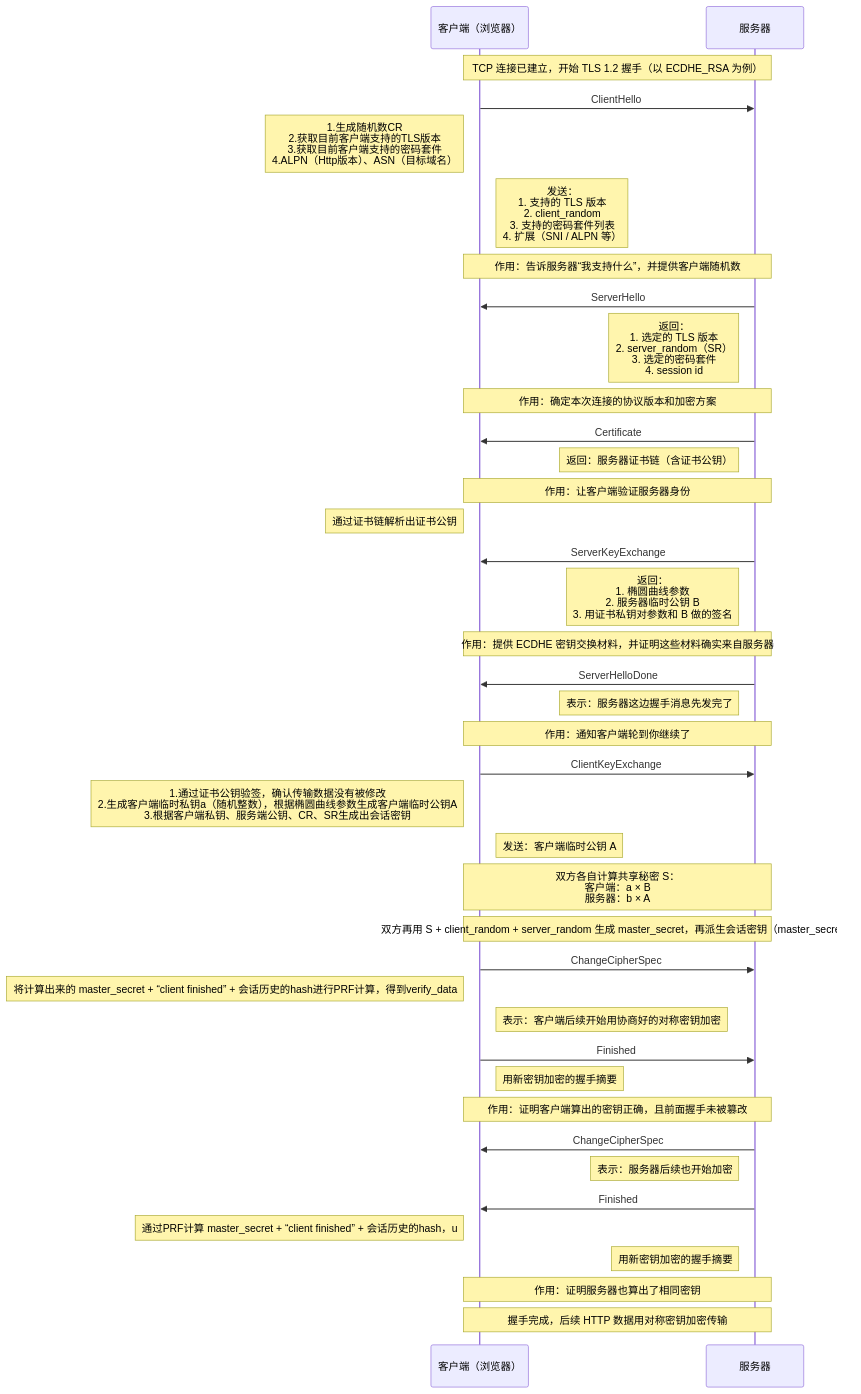
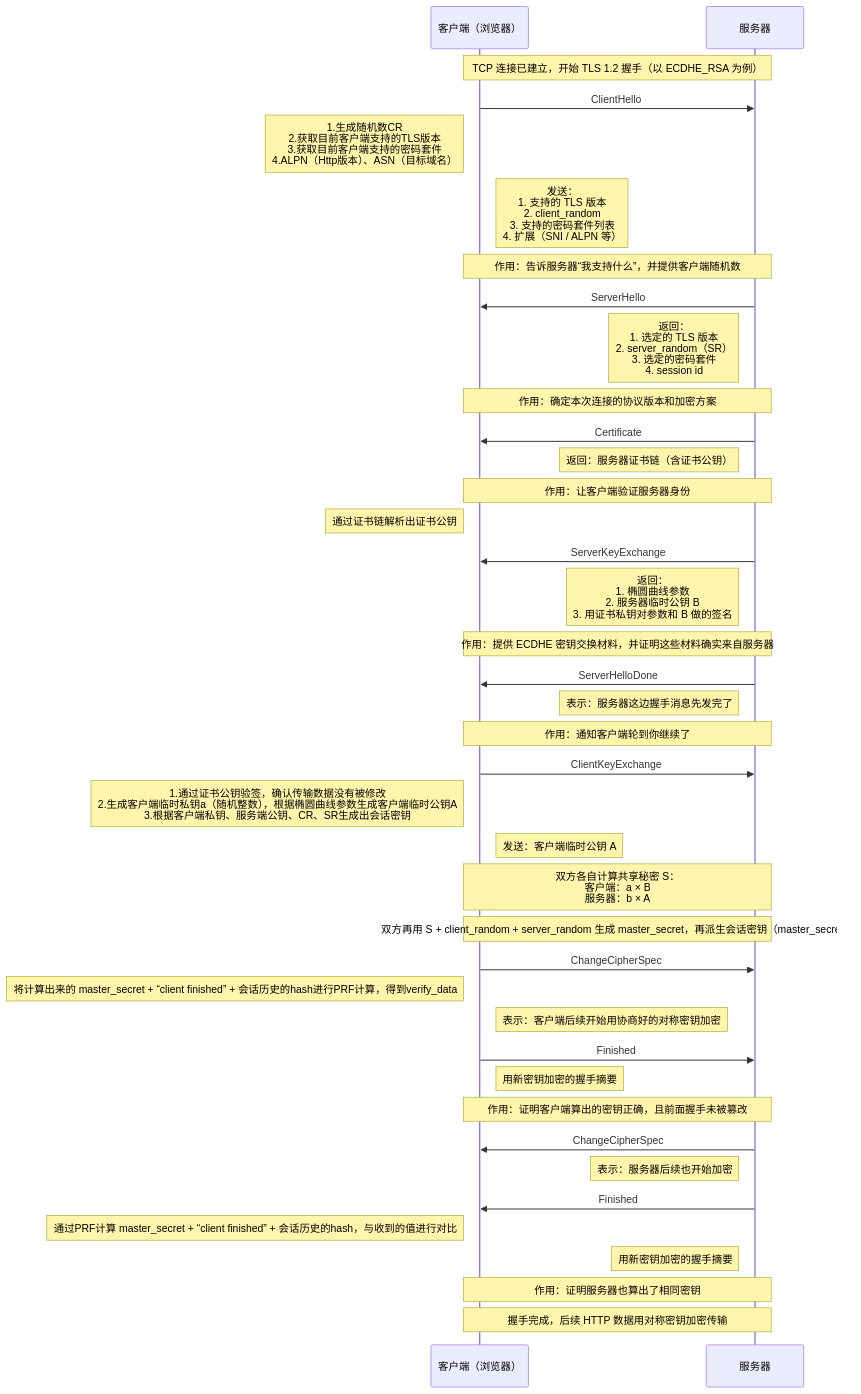
The diagram in all/TLS-1.2-ECDHE.md (HY-10-8/iodraw-files), drawn with Mermaid before and after one commit.

Commit message:
2026-03-30 17:50:12 update

````diff
--- a/all/TLS-1.2-ECDHE.md
+++ b/all/TLS-1.2-ECDHE.md
@@ -1,54 +1,54 @@
 ```mermaid
 sequenceDiagram
     participant C as 客户端（浏览器）
     participant S as 服务器
 
     Note over C,S: TCP 连接已建立，开始 TLS 1.2 握手（以 ECDHE_RSA 为例）
 
     C->>S: ClientHello
     Note left of C: 1.生成随机数CR<br/> 2.获取目前客户端支持的TLS版本<br/> 3.获取目前客户端支持的密码套件<br/> 4.ALPN（Http版本）、ASN（目标域名）
     Note right of C: 发送：<br/>1. 支持的 TLS 版本<br/>2. client_random<br/>3. 支持的密码套件列表<br/>4. 扩展（SNI / ALPN 等）
     Note over C,S: 作用：告诉服务器“我支持什么”，并提供客户端随机数
 
     S->>C: ServerHello
     Note left of S: 返回：<br/>1. 选定的 TLS 版本<br/>2. server_random（SR）<br/>3. 选定的密码套件<br/>4. session id
     Note over C,S: 作用：确定本次连接的协议版本和加密方案
 
     S->>C: Certificate
     Note left of S: 返回：服务器证书链（含证书公钥）
     Note over C,S: 作用：让客户端验证服务器身份
     Note left of C: 通过证书链解析出证书公钥
 
     S->>C: ServerKeyExchange
     Note left of S: 返回：<br/>1. 椭圆曲线参数<br/>2. 服务器临时公钥 B<br/>3. 用证书私钥对参数和 B 做的签名
     Note over C,S: 作用：提供 ECDHE 密钥交换材料，并证明这些材料确实来自服务器
 
     S->>C: ServerHelloDone
     Note left of S: 表示：服务器这边握手消息先发完了
     Note over C,S: 作用：通知客户端轮到你继续了
 
     C->>S: ClientKeyExchange
     Note left of C: 1.通过证书公钥验签，确认传输数据没有被修改<br/> 2.生成客户端临时私钥a（随机整数），根据椭圆曲线参数生成客户端临时公钥A<br/> 3.根据客户端私钥、服务端公钥、CR、SR生成出会话密钥
     Note right of C: 发送：客户端临时公钥 A
     Note over C,S: 双方各自计算共享秘密 S：<br/>客户端：a × B<br/>服务器：b × A
 
     Note over C,S: 双方再用 S + client_random + server_random 生成 master_secret，再派生会话密钥（master_secret）
 
     C->>S: ChangeCipherSpec
     Note left of C: 将计算出来的 master_secret + “client finished” + 会话历史的hash进行PRF计算，得到verify_data
     Note right of C: 表示：客户端后续开始用协商好的对称密钥加密
 
     C->>S: Finished
     Note right of C: 用新密钥加密的握手摘要
     Note over C,S: 作用：证明客户端算出的密钥正确，且前面握手未被篡改
 
     S->>C: ChangeCipherSpec
     Note left of S: 表示：服务器后续也开始加密
 
     S->>C: Finished
-    Note left of C: 通过PRF计算 master_secret + “client finished” + 会话历史的hash，u
+    Note left of C: 通过PRF计算 master_secret + “client finished” + 会话历史的hash，与收到的值进行对比
     Note left of S: 用新密钥加密的握手摘要
     Note over C,S: 作用：证明服务器也算出了相同密钥
 
     Note over C,S: 握手完成，后续 HTTP 数据用对称密钥加密传输
 ```
````
